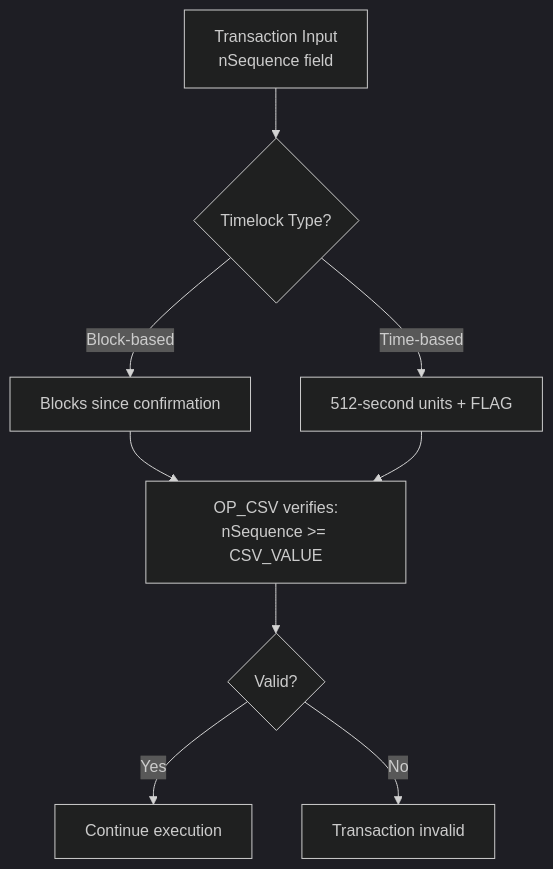
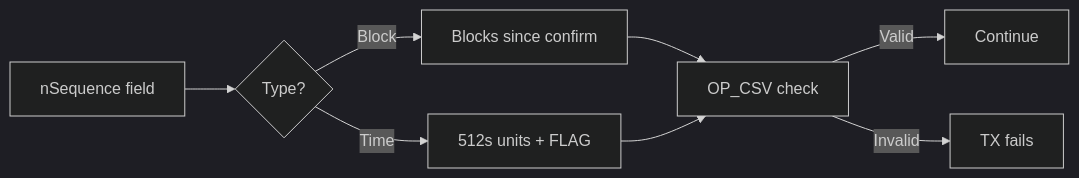
One commit to btc-vision/btc-runtime changed the fifth of 6 diagrams in docs/advanced/bitcoin-scripts.md. Above: the diagram before and after it, drawn with Mermaid. The commit also changed other lines of this file and 6 other files, not shown here.

First line of the commit message:
Refactor diagrams and clarify documentation

````diff
--- a/docs/advanced/bitcoin-scripts.md
+++ b/docs/advanced/bitcoin-scripts.md
@@ -282,15 +282,14 @@
 ```mermaid
 ---
 config:
   theme: dark
 ---
-flowchart TD
-    CSV1["Transaction Input<br/>nSequence field"] --> CSV2{"Timelock Type?"}
-    CSV2 -->|"Block-based"| CSV3["Blocks since confirmation"]
-    CSV2 -->|"Time-based"| CSV4["512-second units + FLAG"]
-    CSV3 --> CSV5["OP_CSV verifies:<br/>nSequence >= CSV_VALUE"]
+flowchart LR
+    CSV1["nSequence field"] --> CSV2{"Type?"}
+    CSV2 -->|"Block"| CSV3["Blocks since confirm"]
+    CSV2 -->|"Time"| CSV4["512s units + FLAG"]
+    CSV3 --> CSV5["OP_CSV check"]
     CSV4 --> CSV5
-    CSV5 --> CSV6{"Valid?"}
-    CSV6 -->|"Yes"| CSV7["Continue execution"]
-    CSV6 -->|"No"| CSV8["Transaction invalid"]
+    CSV5 -->|"Valid"| CSV6["Continue"]
+    CSV5 -->|"Invalid"| CSV7["TX fails"]
 ```
````
